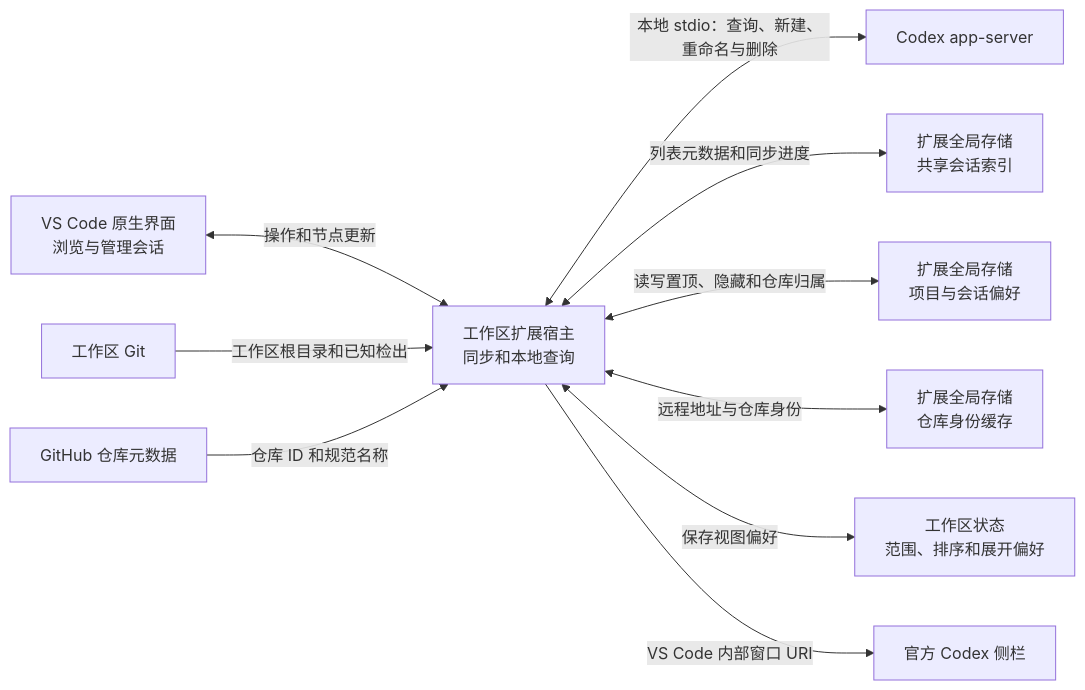
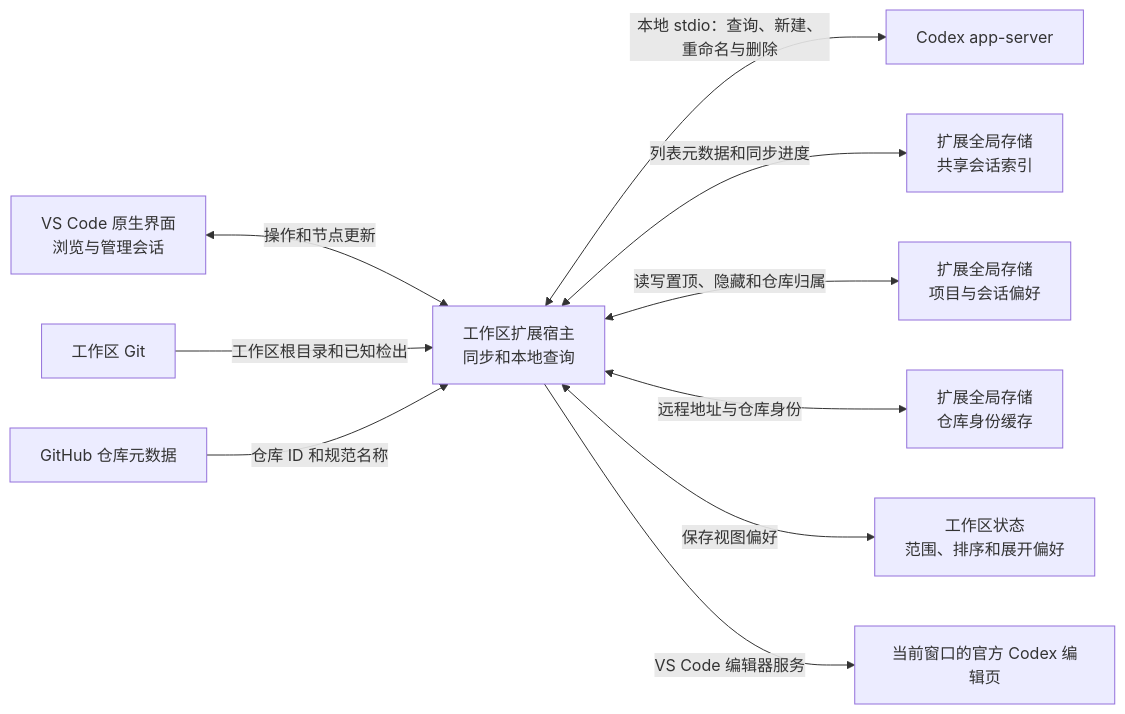
One commit to jaypume/vscode-codex-chats-list changed the diagram in ARCH.md. Above: the diagram before and after it, drawn with Mermaid. The commit also changed other lines of this file and 17 other files, not shown here.

````diff
--- a/ARCH.md
+++ b/ARCH.md
@@ -3,22 +3,22 @@
 ```mermaid
 flowchart LR
   UI["VS Code 原生界面<br/>浏览与管理会话"]
   Host["工作区扩展宿主<br/>同步和本地查询"]
   Git["工作区 Git"]
   GitHub["GitHub 仓库元数据"]
   Server["Codex app-server"]
-  Codex["官方 Codex 侧栏"]
+  Codex["当前窗口的官方 Codex 编辑页"]
   Prefs["工作区状态<br/>范围、排序和展开偏好"]
   Index["扩展全局存储<br/>共享会话索引"]
   Preferences["扩展全局存储<br/>项目与会话偏好"]
   Repositories["扩展全局存储<br/>仓库身份缓存"]
   UI <-->|"操作和节点更新"| Host
   Host <-->|"本地 stdio：查询、新建、重命名与删除"| Server
   Host <-->|"列表元数据和同步进度"| Index
   Host <-->|"读写置顶、隐藏和仓库归属"| Preferences
   Git -->|"工作区根目录和已知检出"| Host
   GitHub -->|"仓库 ID 和规范名称"| Host
   Host <-->|"远程地址与仓库身份"| Repositories
   Host <-->|"保存视图偏好"| Prefs
-  Host -->|"VS Code 内部窗口 URI"| Codex
+  Host -->|"VS Code 编辑器服务"| Codex
 ```
````
